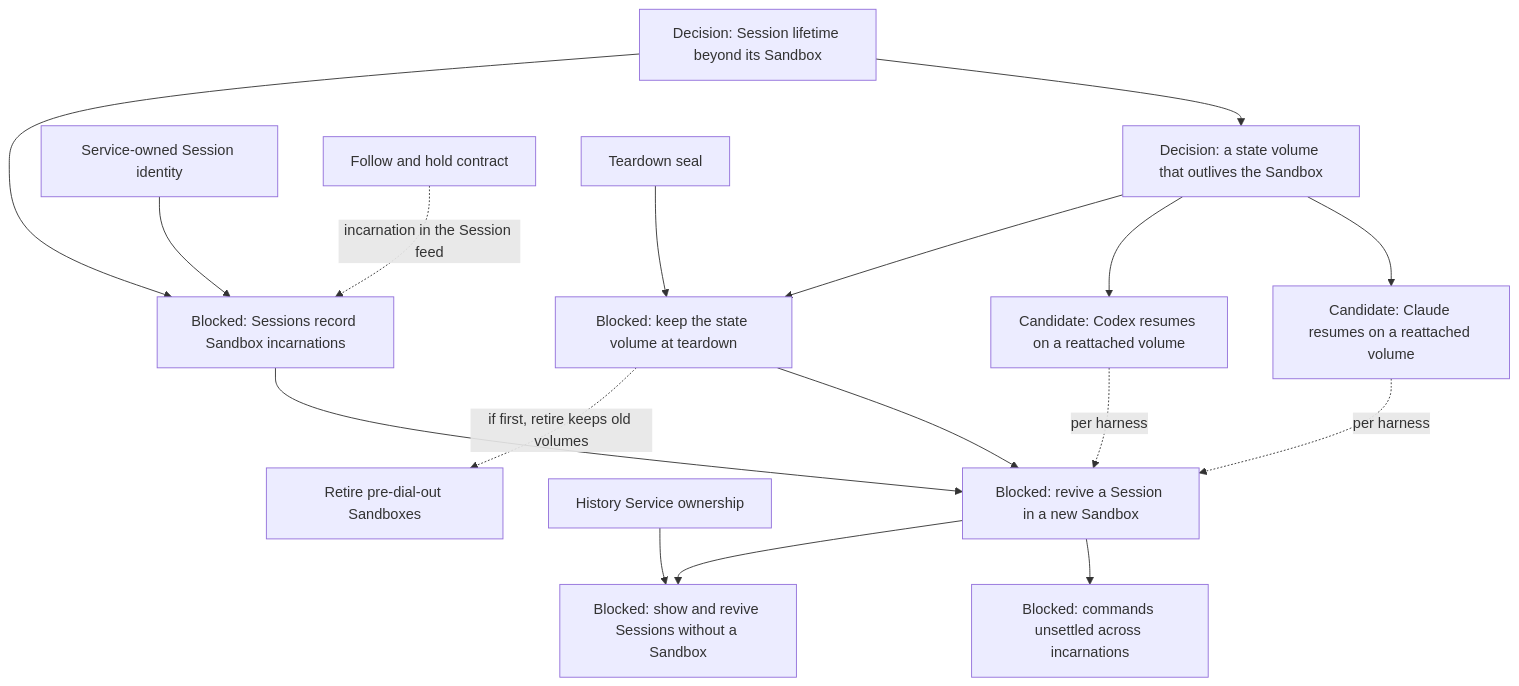
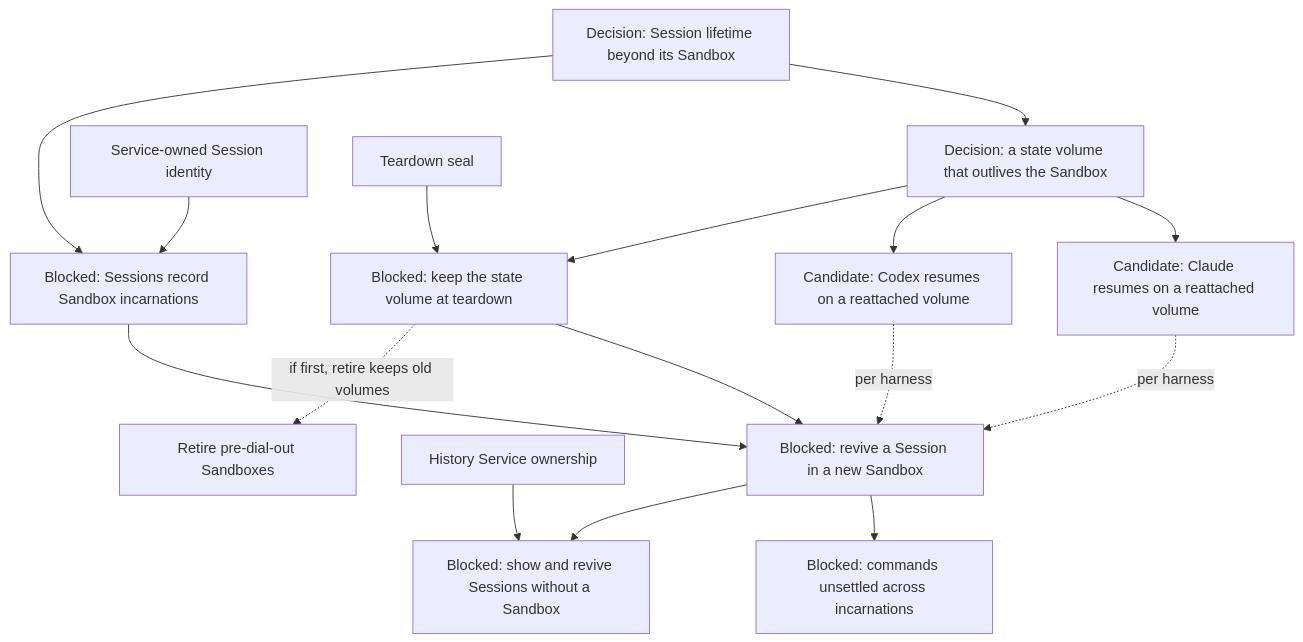
Before and after one commit to agentydragon-agent/ducktape: the ninth of 9 diagrams in agentplane/plans/task_dag.md, drawn with Mermaid. The commit also changed other lines of this file and 6 other files, not shown here.

````diff
--- a/agentplane/plans/task_dag.md
+++ b/agentplane/plans/task_dag.md
@@ -914,33 +879,31 @@
 ```mermaid
 flowchart TD
     DURABLE_SESSION_LIFECYCLE[Decision: Session lifetime beyond its Sandbox]
     SESSION_STATE_VOLUME_DESIGN[Decision: a state volume that outlives the Sandbox]
     CLAUDE_PORTABLE_STATE[Candidate: Claude resumes on a reattached volume]
     CODEX_PORTABLE_STATE[Candidate: Codex resumes on a reattached volume]
     SESSION_INCARNATIONS[Blocked: Sessions record Sandbox incarnations]
     STATE_VOLUME_RETENTION[Blocked: keep the state volume at teardown]
     SESSION_REVIVE[Blocked: revive a Session in a new Sandbox]
     THREAD_SUCCESSOR_DELIVERY[Blocked: commands unsettled across incarnations]
     HOSTED_THREAD_SURFACES[Blocked: show and revive Sessions without a Sandbox]
     THREAD_IDENTITY_NEW[Service-owned Session identity]
-    SESSION_FOLLOW_CONTRACT[Follow and hold contract]
     HISTORY_SERVICE_OWNERSHIP[History Service ownership]
     RUNNER_TEARDOWN_SEAL[Teardown seal]
     LEGACY_SANDBOX_RETIRE[Retire pre-dial-out Sandboxes]
     DURABLE_SESSION_LIFECYCLE --> SESSION_STATE_VOLUME_DESIGN
     DURABLE_SESSION_LIFECYCLE --> SESSION_INCARNATIONS
     THREAD_IDENTITY_NEW --> SESSION_INCARNATIONS
-    SESSION_FOLLOW_CONTRACT -. incarnation in the Session feed .-> SESSION_INCARNATIONS
     SESSION_STATE_VOLUME_DESIGN --> CLAUDE_PORTABLE_STATE
     SESSION_STATE_VOLUME_DESIGN --> CODEX_PORTABLE_STATE
     SESSION_STATE_VOLUME_DESIGN --> STATE_VOLUME_RETENTION
     RUNNER_TEARDOWN_SEAL --> STATE_VOLUME_RETENTION
     SESSION_INCARNATIONS --> SESSION_REVIVE
     STATE_VOLUME_RETENTION --> SESSION_REVIVE
     CLAUDE_PORTABLE_STATE -. per harness .-> SESSION_REVIVE
     CODEX_PORTABLE_STATE -. per harness .-> SESSION_REVIVE
     SESSION_REVIVE --> THREAD_SUCCESSOR_DELIVERY
     SESSION_REVIVE --> HOSTED_THREAD_SURFACES
     HISTORY_SERVICE_OWNERSHIP --> HOSTED_THREAD_SURFACES
     STATE_VOLUME_RETENTION -. if first, retire keeps old volumes .-> LEGACY_SANDBOX_RETIRE
 ```
````
